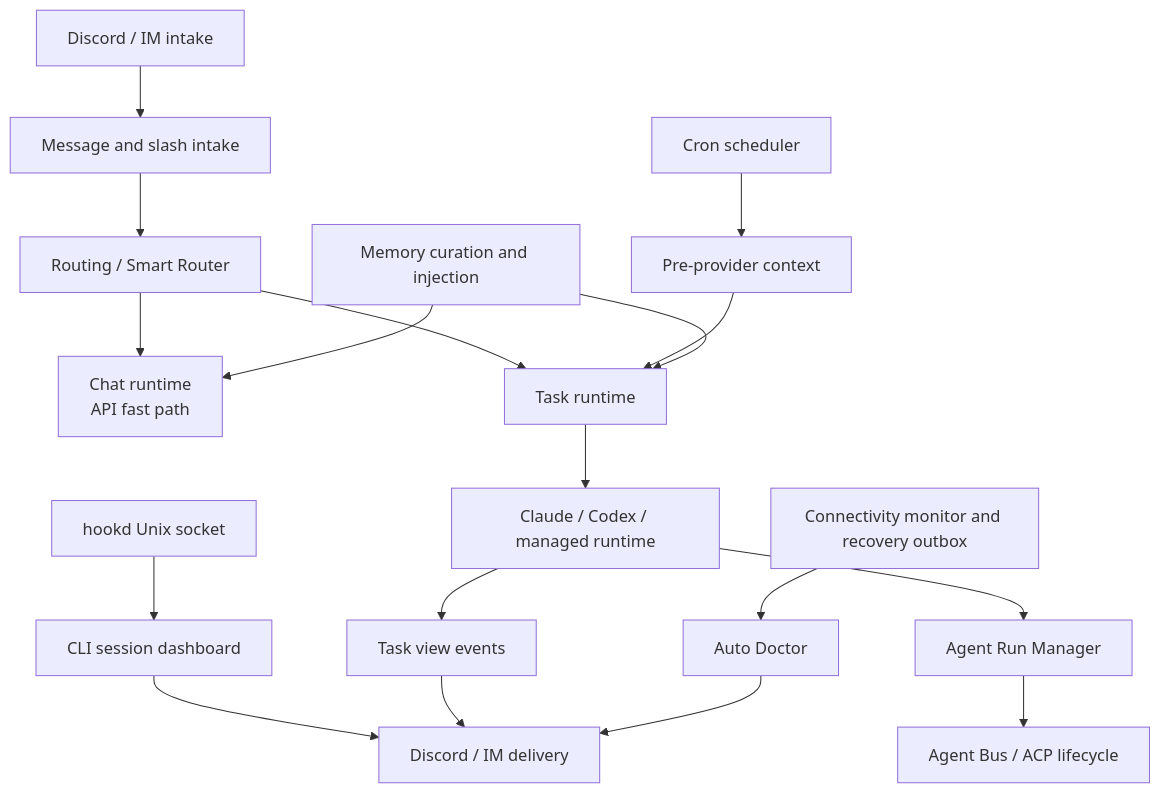
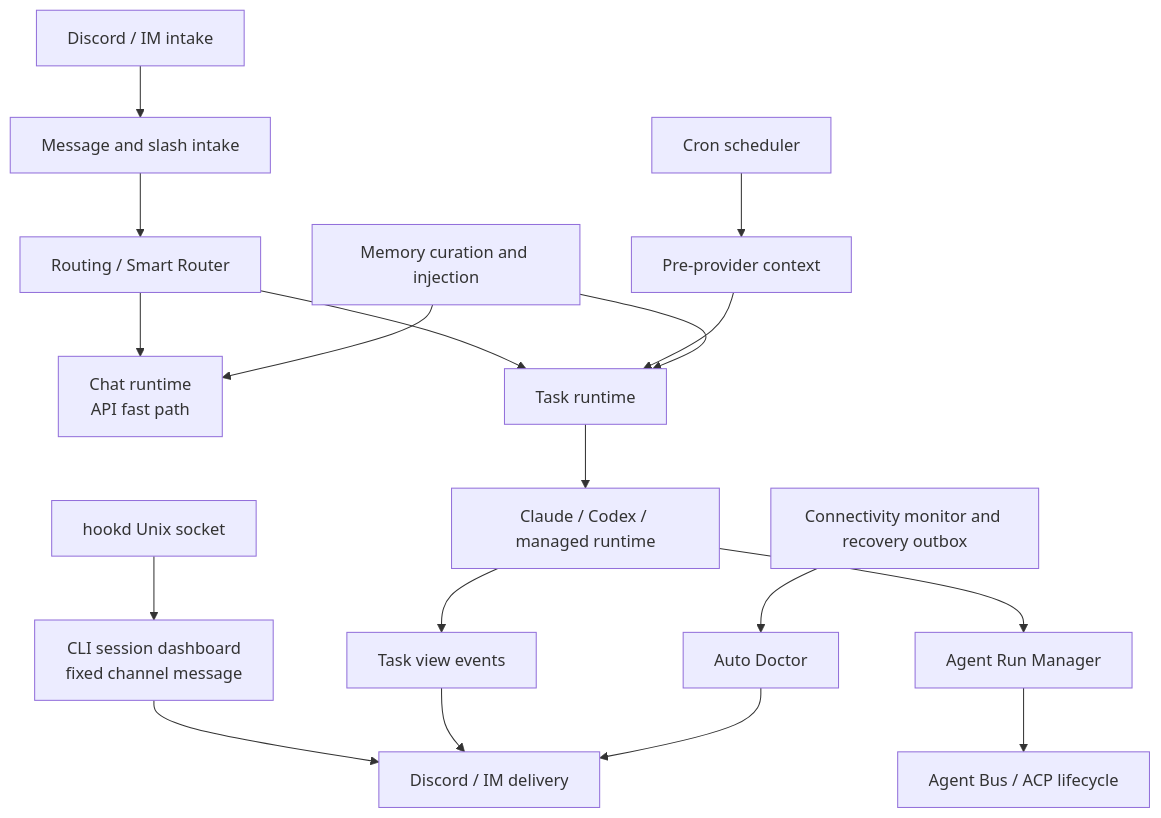
One commit to yuanyunfan/miniclaw changed the first of 3 diagrams in docs/runtime/README.md. Above: the diagram before and after it, drawn with Mermaid. The commit also changed other lines of this file and 15 other files, not shown here.

Commit message:
feat: add hookd fixed sessions dashboard

````diff
--- a/docs/runtime/README.md
+++ b/docs/runtime/README.md
@@ -7,20 +7,20 @@
 ```mermaid
 flowchart TD
   Discord[Discord / IM intake] --> Intake[Message and slash intake]
   Intake --> Router[Routing / Smart Router]
   Router --> Chat[Chat runtime<br/>API fast path]
   Router --> Task[Task runtime]
-  Hookd[hookd Unix socket] --> Sessions[CLI session dashboard]
+  Hookd[hookd Unix socket] --> Sessions[CLI session dashboard<br/>fixed channel message]
   Sessions --> Delivery
   Cron[Cron scheduler] --> ProviderContext[Pre-provider context]
   ProviderContext --> Task
   Task --> AgentRuntime[Claude / Codex / managed runtime]
   AgentRuntime --> TaskEvents[Task view events]
   TaskEvents --> Delivery[Discord / IM delivery]
   Memory[Memory curation and injection] --> Chat
   Memory --> Task
   Connectivity[Connectivity monitor and recovery outbox] --> Ops[Auto Doctor]
   Ops --> Delivery
   AgentRuntime --> Manager[Agent Run Manager]
   Manager --> AgentBus[Agent Bus / ACP lifecycle]
 ```
````
